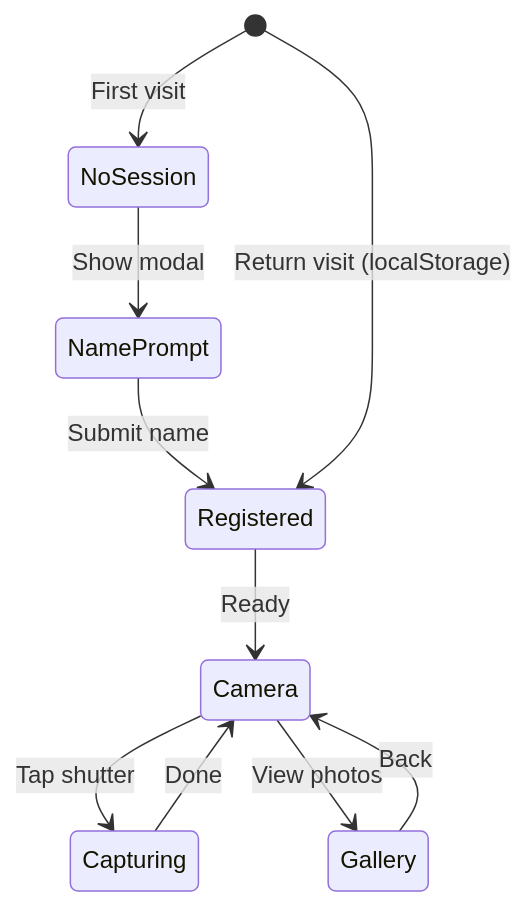
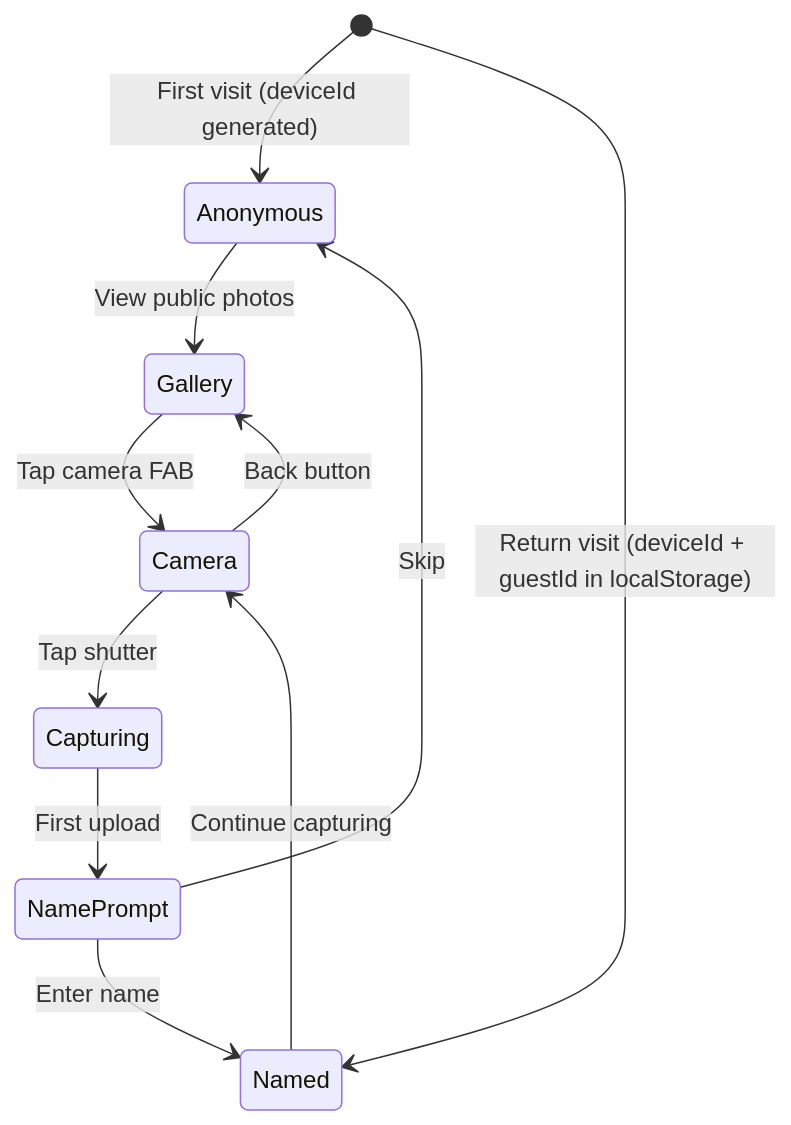
Before and after one commit to nova-chrome/WeWitnessed: the ninth of 9 diagrams in docs/user-flows.md, drawn with Mermaid. The commit also changed other lines of this file and 6 other files, not shown here.

````diff
--- a/docs/user-flows.md
+++ b/docs/user-flows.md
@@ -139,13 +152,14 @@
 ```mermaid
 stateDiagram-v2
-    [*] --> NoSession: First visit
-    NoSession --> NamePrompt: Show modal
-    NamePrompt --> Registered: Submit name
-    Registered --> Camera: Ready
+    [*] --> Anonymous: First visit (deviceId generated)
+    Anonymous --> Gallery: View public photos
+    Gallery --> Camera: Tap camera FAB
     Camera --> Capturing: Tap shutter
-    Capturing --> Camera: Done
-    Camera --> Gallery: View photos
-    Gallery --> Camera: Back
+    Capturing --> NamePrompt: First upload
+    NamePrompt --> Named: Enter name
+    NamePrompt --> Anonymous: Skip
+    Named --> Camera: Continue capturing
+    Camera --> Gallery: Back button
 
-    [*] --> Registered: Return visit (localStorage)
+    [*] --> Named: Return visit (deviceId + guestId in localStorage)
 ```
````
